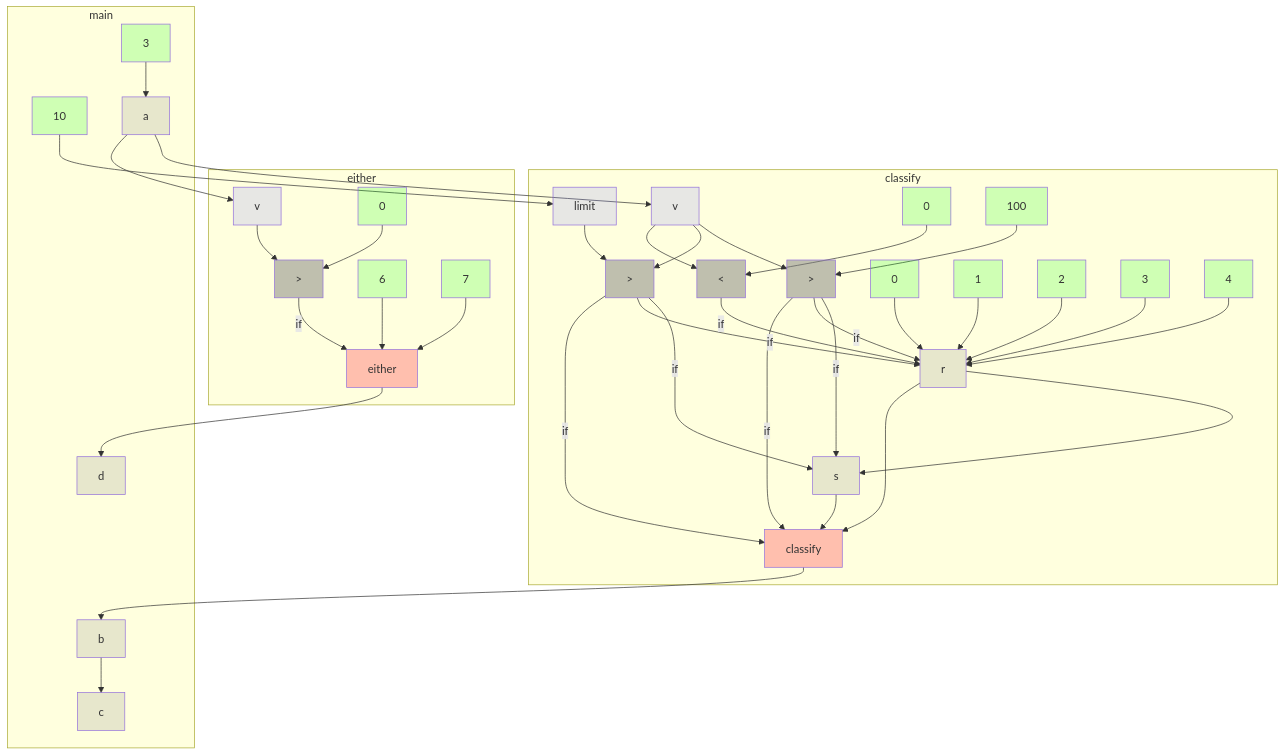
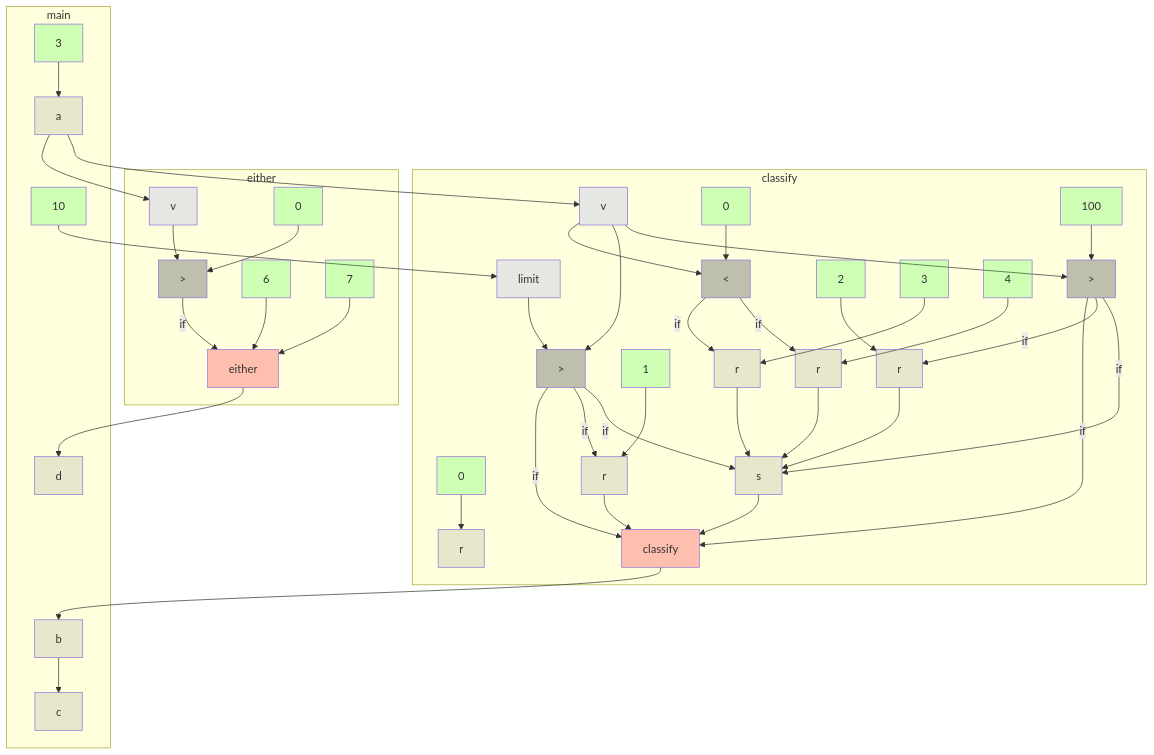
The diagram in app/src/test/resources/if2/spike-truth.md (gstiebler/codeflow), drawn with Mermaid before and after one commit. The commit also changed 46 other files, not shown here.

```diff
--- a/app/src/test/resources/if2/spike-truth.md
+++ b/app/src/test/resources/if2/spike-truth.md
@@ -17,48 +17,55 @@
     n11["4"]:::LITERAL
     n12["classify"]:::RETURN
     n13["r"]:::VARIABLE
-    n14["s"]:::VARIABLE
+    n14["r"]:::VARIABLE
+    n15["r"]:::VARIABLE
+    n16["r"]:::VARIABLE
+    n17["r"]:::VARIABLE
+    n18["s"]:::VARIABLE
   end
   subgraph m1["either"]
-    n15["#gt;"]:::BIN_OP
-    n16["v"]:::FUNC_PARAM
-    n17["0"]:::LITERAL
-    n18["6"]:::LITERAL
-    n19["7"]:::LITERAL
-    n20["either"]:::RETURN
+    n19["#gt;"]:::BIN_OP
+    n20["v"]:::FUNC_PARAM
+    n21["0"]:::LITERAL
+    n22["6"]:::LITERAL
+    n23["7"]:::LITERAL
+    n24["either"]:::RETURN
   end
   subgraph m2["main"]
-    n21["10"]:::LITERAL
-    n22["3"]:::LITERAL
-    n23["a"]:::VARIABLE
-    n24["b"]:::VARIABLE
-    n25["c"]:::VARIABLE
-    n26["d"]:::VARIABLE
+    n25["10"]:::LITERAL
+    n26["3"]:::LITERAL
+    n27["a"]:::VARIABLE
+    n28["b"]:::VARIABLE
+    n29["c"]:::VARIABLE
+    n30["d"]:::VARIABLE
   end
-  n0 -->|if| n13
+  n0 -->|if| n16
+  n0 -->|if| n17
   n1 -->|if| n12
-  n1 -->|if| n13
   n1 -->|if| n14
-  n10 --> n13
-  n11 --> n13
-  n12 --> n24
-  n13 --> n12
-  n13 --> n14
+  n1 -->|if| n18
+  n10 --> n16
+  n11 --> n17
+  n12 --> n28
   n14 --> n12
-  n15 -->|if| n20
-  n16 --> n15
-  n17 --> n15
-  n18 --> n20
-  n19 --> n20
+  n15 --> n18
+  n16 --> n18
+  n17 --> n18
+  n18 --> n12
+  n19 -->|if| n24
   n2 -->|if| n12
-  n2 -->|if| n13
-  n2 -->|if| n14
-  n20 --> n26
-  n21 --> n3
-  n22 --> n23
-  n23 --> n16
-  n23 --> n4
-  n24 --> n25
+  n2 -->|if| n15
+  n2 -->|if| n18
+  n20 --> n19
+  n21 --> n19
+  n22 --> n24
+  n23 --> n24
+  n24 --> n30
+  n25 --> n3
+  n26 --> n27
+  n27 --> n20
+  n27 --> n4
+  n28 --> n29
   n3 --> n1
   n4 --> n0
   n4 --> n1
@@ -66,8 +73,8 @@
   n5 --> n13
   n6 --> n0
   n7 --> n2
-  n8 --> n13
-  n9 --> n13
+  n8 --> n14
+  n9 --> n15
   classDef LITERAL fill:#00FF0030
   classDef VARIABLE fill:#80808030
   classDef BIN_OP fill:#80808080
```
